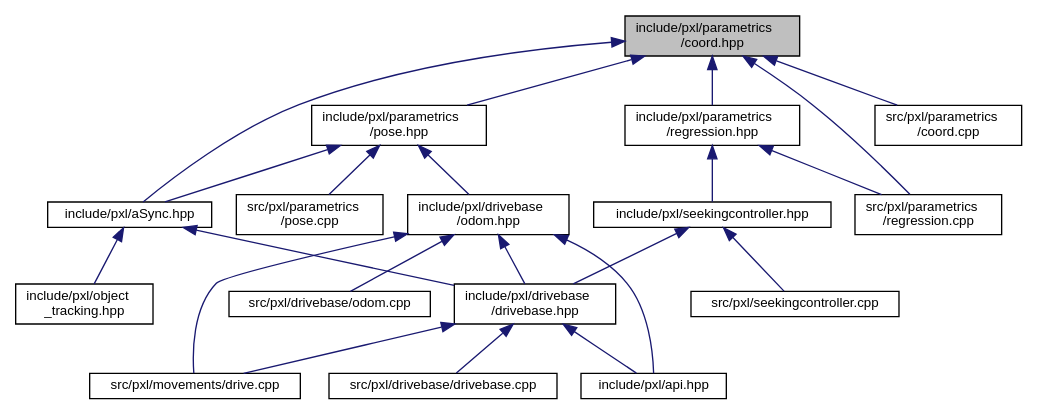
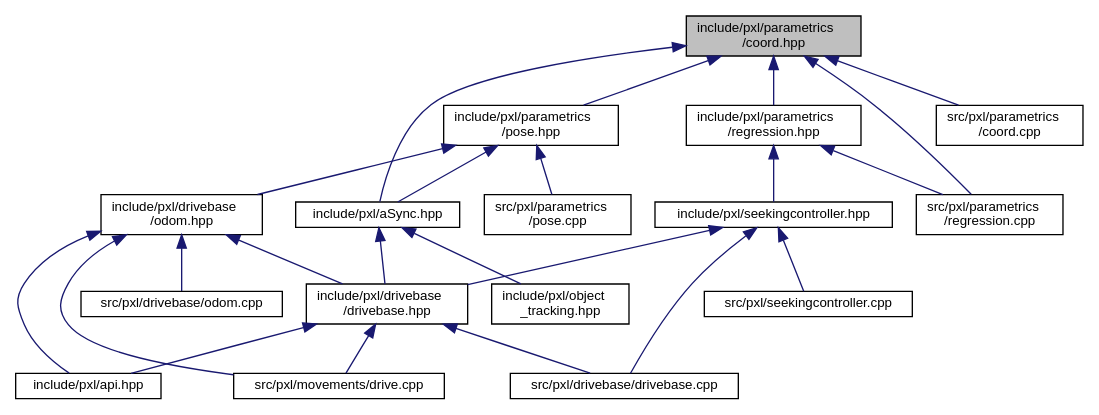
One commit to Pixel-Lib/Pixel changed the diagram in coord_8hpp__dep__incl.dot. Above: the diagram before and after it, drawn with Graphviz. The commit also changed 212 other files, not shown here.

```diff
--- a/coord_8hpp__dep__incl.dot
+++ b/coord_8hpp__dep__incl.dot
@@ -1,43 +1,44 @@
 digraph "include/pxl/parametrics/coord.hpp"
 {
  // LATEX_PDF_SIZE
   edge [fontname="Helvetica",fontsize="10",labelfontname="Helvetica",labelfontsize="10"];
   node [fontname="Helvetica",fontsize="10",shape=record];
   Node1 [label="include/pxl/parametrics\l/coord.hpp",height=0.2,width=0.4,color="black", fillcolor="grey75", style="filled", fontcolor="black",tooltip=" "];
   Node1 -> Node2 [dir="back",color="midnightblue",fontsize="10",style="solid",fontname="Helvetica"];
   Node2 [label="include/pxl/aSync.hpp",height=0.2,width=0.4,color="black", fillcolor="white", style="filled",URL="$aSync_8hpp.html",tooltip=" "];
   Node2 -> Node3 [dir="back",color="midnightblue",fontsize="10",style="solid",fontname="Helvetica"];
   Node3 [label="include/pxl/drivebase\l/drivebase.hpp",height=0.2,width=0.4,color="black", fillcolor="white", style="filled",URL="$drivebase_8hpp.html",tooltip=" "];
   Node3 -> Node4 [dir="back",color="midnightblue",fontsize="10",style="solid",fontname="Helvetica"];
   Node4 [label="include/pxl/api.hpp",height=0.2,width=0.4,color="black", fillcolor="white", style="filled",URL="$api_8hpp.html",tooltip=" "];
   Node3 -> Node5 [dir="back",color="midnightblue",fontsize="10",style="solid",fontname="Helvetica"];
   Node5 [label="src/pxl/drivebase/drivebase.cpp",height=0.2,width=0.4,color="black", fillcolor="white", style="filled",URL="$drivebase_8cpp.html",tooltip=" "];
   Node3 -> Node6 [dir="back",color="midnightblue",fontsize="10",style="solid",fontname="Helvetica"];
   Node6 [label="src/pxl/movements/drive.cpp",height=0.2,width=0.4,color="black", fillcolor="white", style="filled",URL="$drive_8cpp.html",tooltip=" "];
   Node2 -> Node7 [dir="back",color="midnightblue",fontsize="10",style="solid",fontname="Helvetica"];
   Node7 [label="include/pxl/object\l_tracking.hpp",height=0.2,width=0.4,color="black", fillcolor="white", style="filled",URL="$object__tracking_8hpp.html",tooltip=" "];
   Node1 -> Node8 [dir="back",color="midnightblue",fontsize="10",style="solid",fontname="Helvetica"];
   Node8 [label="include/pxl/parametrics\l/pose.hpp",height=0.2,width=0.4,color="black", fillcolor="white", style="filled",URL="$pose_8hpp.html",tooltip=" "];
   Node8 -> Node2 [dir="back",color="midnightblue",fontsize="10",style="solid",fontname="Helvetica"];
   Node8 -> Node9 [dir="back",color="midnightblue",fontsize="10",style="solid",fontname="Helvetica"];
   Node9 [label="include/pxl/drivebase\l/odom.hpp",height=0.2,width=0.4,color="black", fillcolor="white", style="filled",URL="$odom_8hpp.html",tooltip=" "];
   Node9 -> Node4 [dir="back",color="midnightblue",fontsize="10",style="solid",fontname="Helvetica"];
   Node9 -> Node3 [dir="back",color="midnightblue",fontsize="10",style="solid",fontname="Helvetica"];
   Node9 -> Node10 [dir="back",color="midnightblue",fontsize="10",style="solid",fontname="Helvetica"];
   Node10 [label="src/pxl/drivebase/odom.cpp",height=0.2,width=0.4,color="black", fillcolor="white", style="filled",URL="$odom_8cpp.html",tooltip=" "];
   Node9 -> Node6 [dir="back",color="midnightblue",fontsize="10",style="solid",fontname="Helvetica"];
   Node8 -> Node11 [dir="back",color="midnightblue",fontsize="10",style="solid",fontname="Helvetica"];
   Node11 [label="src/pxl/parametrics\l/pose.cpp",height=0.2,width=0.4,color="black", fillcolor="white", style="filled",URL="$pose_8cpp.html",tooltip=" "];
   Node1 -> Node12 [dir="back",color="midnightblue",fontsize="10",style="solid",fontname="Helvetica"];
   Node12 [label="include/pxl/parametrics\l/regression.hpp",height=0.2,width=0.4,color="black", fillcolor="white", style="filled",URL="$regression_8hpp.html",tooltip=" "];
   Node12 -> Node13 [dir="back",color="midnightblue",fontsize="10",style="solid",fontname="Helvetica"];
   Node13 [label="include/pxl/seekingcontroller.hpp",height=0.2,width=0.4,color="black", fillcolor="white", style="filled",URL="$seekingcontroller_8hpp.html",tooltip=" "];
   Node13 -> Node3 [dir="back",color="midnightblue",fontsize="10",style="solid",fontname="Helvetica"];
+  Node13 -> Node5 [dir="back",color="midnightblue",fontsize="10",style="solid",fontname="Helvetica"];
   Node13 -> Node14 [dir="back",color="midnightblue",fontsize="10",style="solid",fontname="Helvetica"];
   Node14 [label="src/pxl/seekingcontroller.cpp",height=0.2,width=0.4,color="black", fillcolor="white", style="filled",URL="$seekingcontroller_8cpp.html",tooltip=" "];
   Node12 -> Node15 [dir="back",color="midnightblue",fontsize="10",style="solid",fontname="Helvetica"];
   Node15 [label="src/pxl/parametrics\l/regression.cpp",height=0.2,width=0.4,color="black", fillcolor="white", style="filled",URL="$regression_8cpp.html",tooltip=" "];
   Node1 -> Node16 [dir="back",color="midnightblue",fontsize="10",style="solid",fontname="Helvetica"];
   Node16 [label="src/pxl/parametrics\l/coord.cpp",height=0.2,width=0.4,color="black", fillcolor="white", style="filled",URL="$coord_8cpp.html",tooltip=" "];
   Node1 -> Node15 [dir="back",color="midnightblue",fontsize="10",style="solid",fontname="Helvetica"];
 }
```
